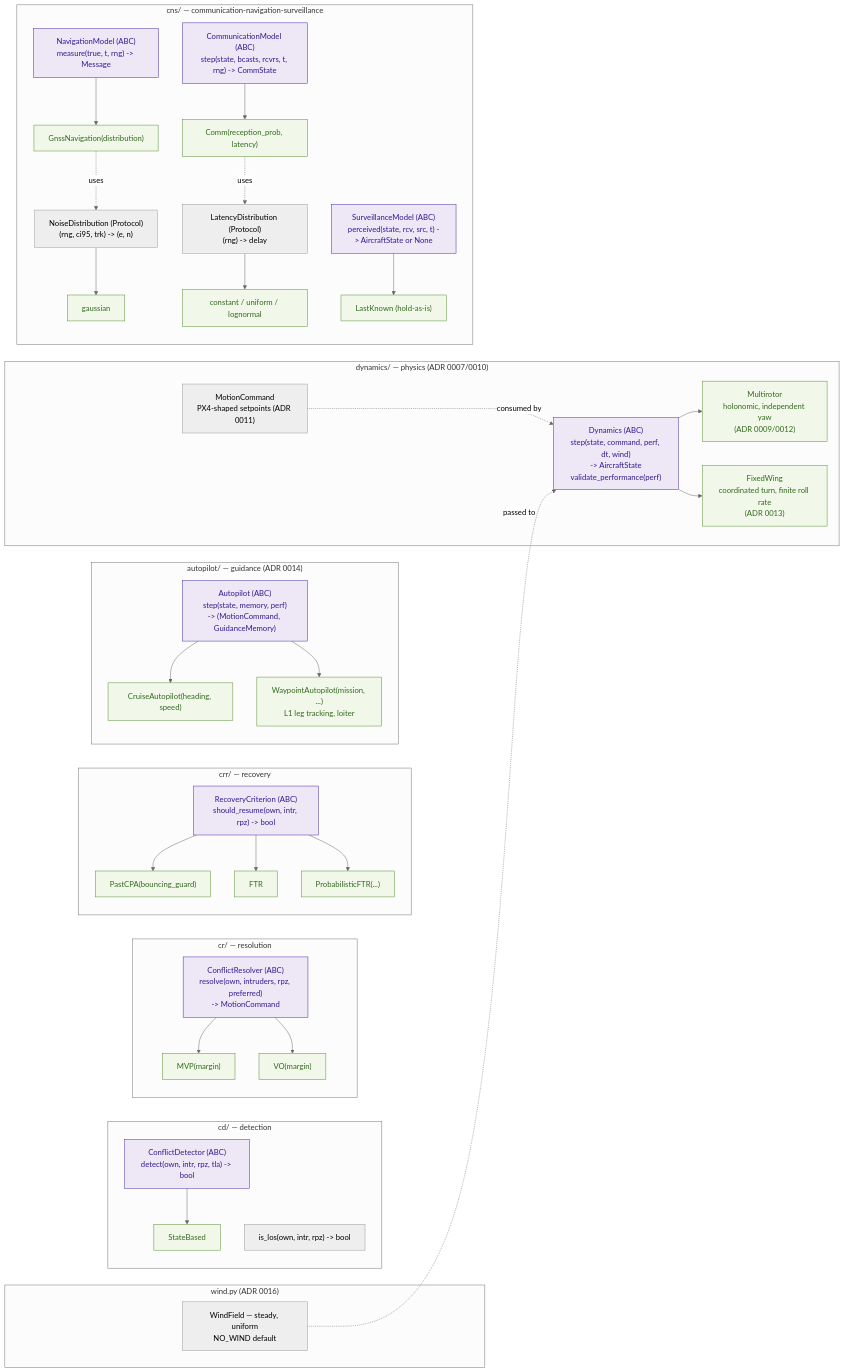
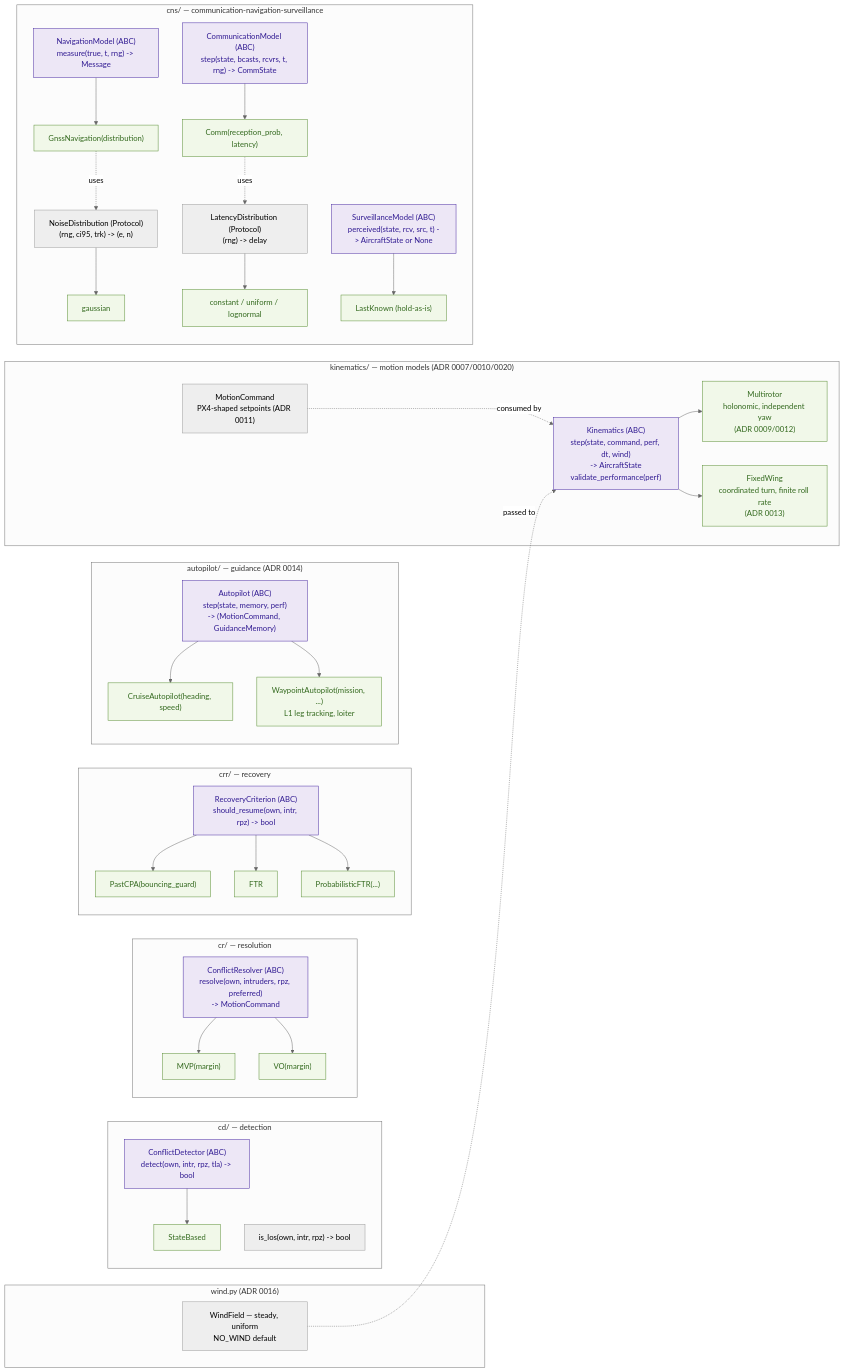
Before and after one commit to fazlurnu/OpenCDaRR: the fourth of 5 diagrams in vault/architecture-dataflow.md, drawn with Mermaid (neutral theme). The commit also changed other lines of this file and 3 other files, not shown here.

````diff
--- a/vault/architecture-dataflow.md
+++ b/vault/architecture-dataflow.md
@@ -238,55 +238,55 @@
 ```mermaid
 flowchart LR
     subgraph CDf["cd/ — detection"]
         CDABC["ConflictDetector (ABC)<br/>detect(own, intr, rpz, tla) -> bool"]
         SB["StateBased"]
         ISLOS["is_los(own, intr, rpz) -> bool"]
         CDABC --> SB
     end
     subgraph CRf["cr/ — resolution"]
         CRABC["ConflictResolver (ABC)<br/>resolve(own, intruders, rpz, preferred)<br/>-> MotionCommand"]
         CRABC --> MVPn["MVP(margin)"]
         CRABC --> VOn["VO(margin)"]
     end
     subgraph CRRf["crr/ — recovery"]
         CRRABC["RecoveryCriterion (ABC)<br/>should_resume(own, intr, rpz) -> bool"]
         CRRABC --> PC["PastCPA(bouncing_guard)"]
         CRRABC --> FTRn["FTR"]
         CRRABC --> PFTR["ProbabilisticFTR(...)"]
     end
-    subgraph DYNf["dynamics/ — physics (ADR 0007/0010)"]
-        DABC["Dynamics (ABC)<br/>step(state, command, perf, dt, wind)<br/>-> AircraftState<br/>validate_performance(perf)"]
+    subgraph DYNf["kinematics/ — motion models (ADR 0007/0010/0020)"]
+        DABC["Kinematics (ABC)<br/>step(state, command, perf, dt, wind)<br/>-> AircraftState<br/>validate_performance(perf)"]
         DABC --> MR["Multirotor<br/>holonomic, independent yaw<br/>(ADR 0009/0012)"]
         DABC --> FW["FixedWing<br/>coordinated turn, finite roll rate<br/>(ADR 0013)"]
         MC["MotionCommand<br/>PX4-shaped setpoints (ADR 0011)"]
         MC -. consumed by .-> DABC
     end
     subgraph APf["autopilot/ — guidance (ADR 0014)"]
         APABC["Autopilot (ABC)<br/>step(state, memory, perf)<br/>-> (MotionCommand, GuidanceMemory)"]
         APABC --> CRU["CruiseAutopilot(heading, speed)"]
         APABC --> WPT["WaypointAutopilot(mission, ...)<br/>L1 leg tracking, loiter"]
     end
     subgraph WNDf["wind.py (ADR 0016)"]
         WF["WindField — steady, uniform<br/>NO_WIND default"]
     end
     WF -. passed to .-> DABC
     subgraph CNSf["cns/ — communication-navigation-surveillance"]
         NAVABC["NavigationModel (ABC)<br/>measure(true, t, rng) -> Message"]
         NAVABC --> GPS["GnssNavigation(distribution)"]
         NDP["NoiseDistribution (Protocol)<br/>(rng, ci95, trk) -> (e, n)"]
         NDP --> GAUSS["gaussian"]
         GPS -. uses .-> NDP
         COMMABC["CommunicationModel (ABC)<br/>step(state, bcasts, rcvrs, t, rng) -> CommState"]
         COMMABC --> COMMc["Comm(reception_prob, latency)"]
         LDP["LatencyDistribution (Protocol)<br/>(rng) -> delay"]
         LDP --> LATc["constant / uniform / lognormal"]
         COMMc -. uses .-> LDP
         SURVABC["SurveillanceModel (ABC)<br/>perceived(state, rcv, src, t) -> AircraftState or None"]
         SURVABC --> LK["LastKnown (hold-as-is)"]
     end
 
     classDef abc fill:#ede7f6,stroke:#4527a0,color:#311b92
     classDef impl fill:#f1f8e9,stroke:#558b2f,color:#33691e
     class CDABC,CRABC,CRRABC,DABC,APABC,NAVABC,COMMABC,SURVABC abc
     class SB,MVPn,VOn,PC,FTRn,PFTR,MR,FW,CRU,WPT,GPS,GAUSS,COMMc,LATc,LK impl
 ```
````
